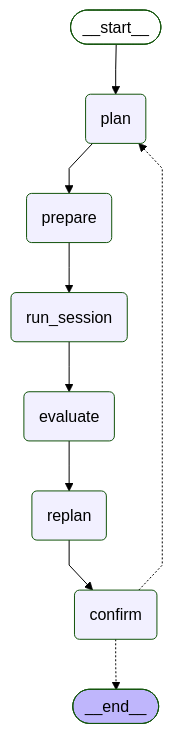
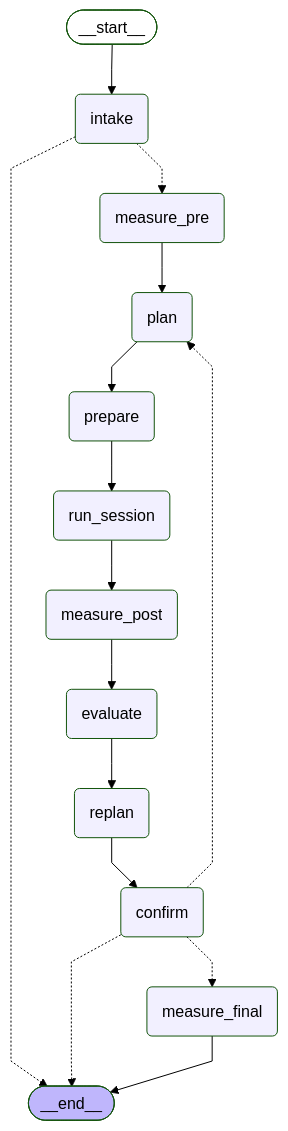
One commit to lumi-wellness-agent/lumi-wellness-agent-be changed the diagram in README.md. Above: the diagram before and after it, drawn with Mermaid (forest theme). The commit also changed other lines of this file and 66 other files, not shown here.

````diff
--- a/README.md
+++ b/README.md
@@ -26,27 +27,37 @@
 ```mermaid
 ---
 config:
   flowchart:
     curve: linear
 ---
 graph TD;
 	__start__([<p>__start__</p>]):::first
+	intake(intake)
+	measure_pre(measure_pre)
 	plan(plan)
 	prepare(prepare)
 	run_session(run_session)
+	measure_post(measure_post)
 	evaluate(evaluate)
 	replan(replan)
 	confirm(confirm)
+	measure_final(measure_final)
 	__end__([<p>__end__</p>]):::last
-	__start__ --> plan;
+	__start__ --> intake;
 	confirm -.-> __end__;
+	confirm -.-> measure_final;
 	confirm -.-> plan;
 	evaluate --> replan;
+	intake -.-> __end__;
+	intake -.-> measure_pre;
+	measure_post --> evaluate;
+	measure_pre --> plan;
 	plan --> prepare;
 	prepare --> run_session;
 	replan --> confirm;
-	run_session --> evaluate;
+	run_session --> measure_post;
+	measure_final --> __end__;
 	classDef default fill:#f2f0ff,line-height:1.2
 	classDef first fill-opacity:0
 	classDef last fill:#bfb6fc
 ```
````
